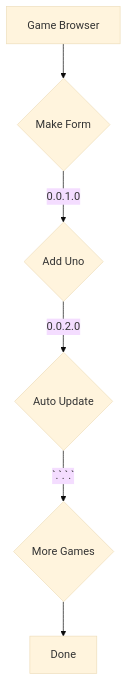
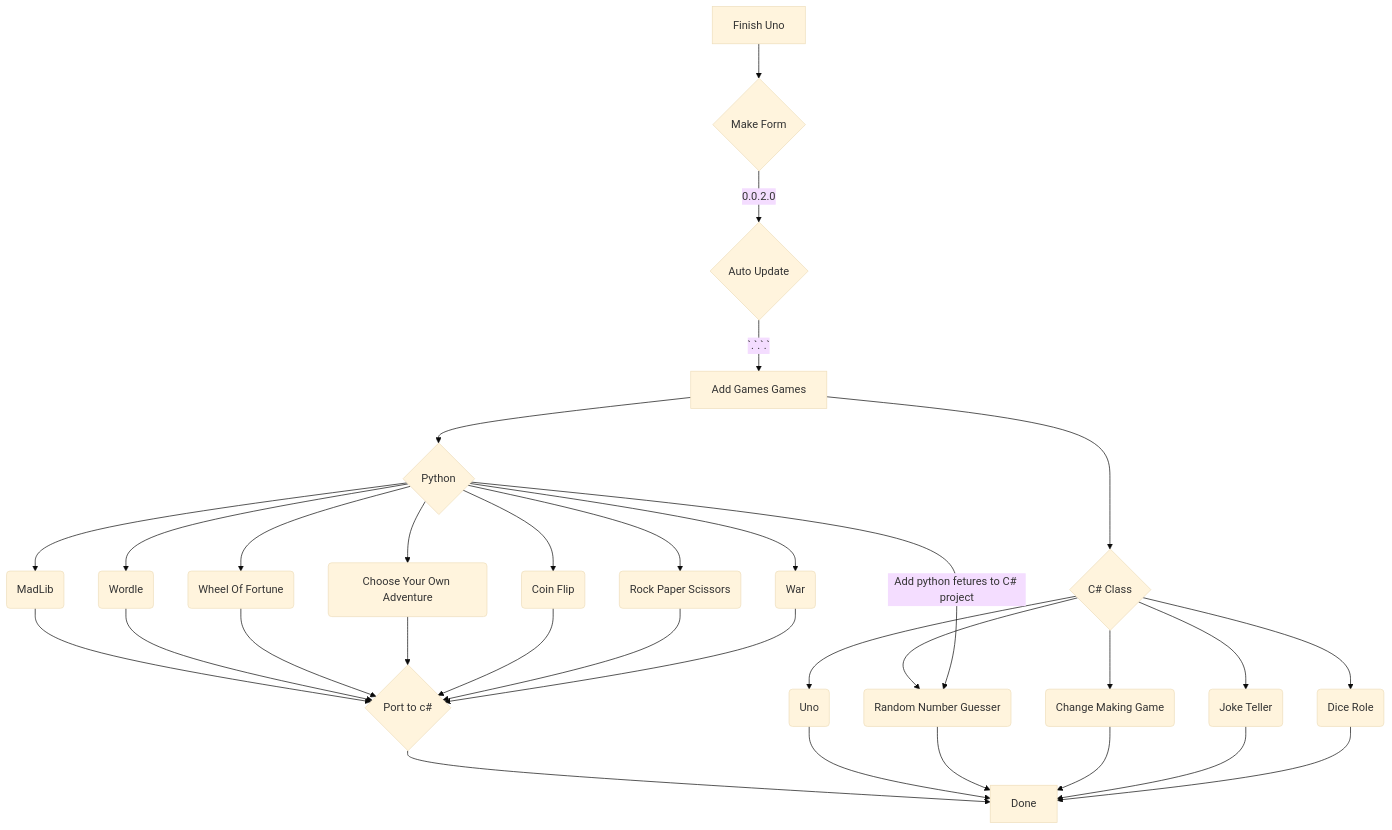
Before and after one commit to Travis-DV/GamesRepo: the diagram in README.md, drawn with Mermaid (base theme).

````diff
--- a/README.md
+++ b/README.md
@@ -14,8 +14,39 @@
 ```mermaid
 graph TD;
-    A[Game Browser] --> B{Make Form};
-    B --> |0.0.1.0| C{Add Uno};
-    C --> |0.0.2.0| D{Auto Update};
-    D --> |`.`.`.`| E{More Games};
-    E --> Z[Done];
+    A[Finish Uno] --> B{Make Form};
+    B --> |0.0.2.0| C{Auto Update};
+    C --> |`.`.`.`|D[Add Games Games];
+
+    D --> E{C# Class};
+    E --> F(Uno);
+    E --> G(Random Number Guesser);
+    E --> H(Change Making Game);
+    E --> I(Joke Teller);
+    E --> J(Dice Role);
+
+    D --> K{Python};
+    K --> L(MadLib);
+    K --> M(Wordle);
+    K --> N(Wheel Of Fortune);
+    K --> O(Choose Your Own Adventure);
+    K --> |Add python fetures to C# project| G;
+    K --> P(Coin Flip);
+    K --> Q(Rock Paper Scissors);
+    K --> R(War);
+
+
+    L --> X;
+    M --> X;
+    N --> X;
+    O --> X;
+    P --> X;
+    Q --> X;
+    R --> X;
+    X{Port to c#} --> Z
+
+    F --> Z;
+    G --> Z;
+    H --> Z;
+    I --> Z;
+    J --> Z[Done];
 ```
````
